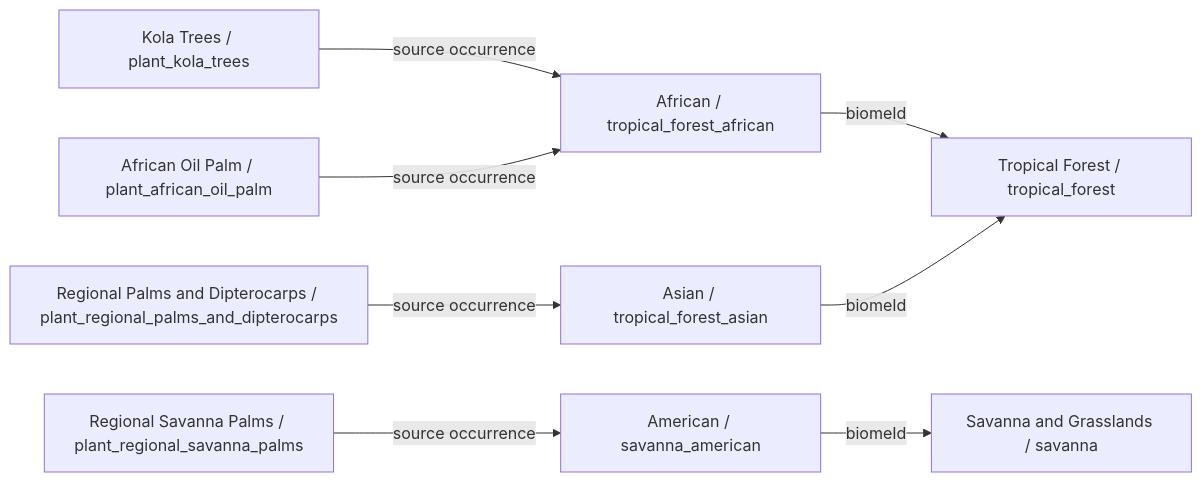
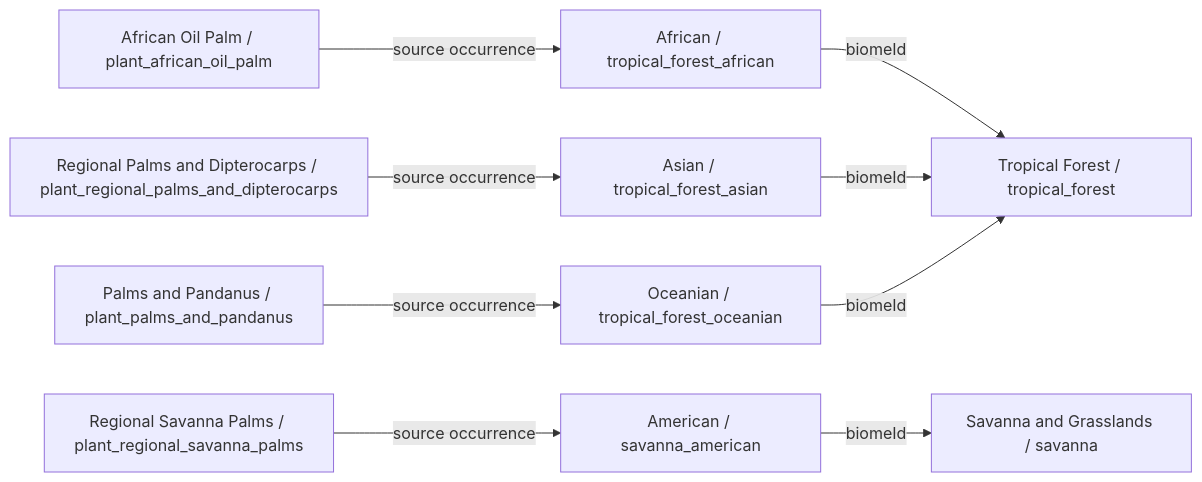
Diagram 16 of 34 in data/plants/DIAGRAMS.md (fgabo404/EvolveDoc), drawn with Mermaid before and after one commit. The commit also changed other lines of this file and 59 other files, not shown here.

````diff
--- a/data/plants/DIAGRAMS.md
+++ b/data/plants/DIAGRAMS.md
@@ -624,19 +573,21 @@
 ```mermaid
 flowchart LR
-    c0["Kola Trees / plant_kola_trees"]
+    c0["African Oil Palm / plant_african_oil_palm"]
     v1["African / tropical_forest_african"]
     b0["Tropical Forest / tropical_forest"]
-    c1["African Oil Palm / plant_african_oil_palm"]
-    c2["Regional Savanna Palms / plant_regional_savanna_palms"]
+    c1["Regional Savanna Palms / plant_regional_savanna_palms"]
     v12["American / savanna_american"]
     b3["Savanna and Grasslands / savanna"]
-    c3["Regional Palms and Dipterocarps / plant_regional_palms_and_dipterocarps"]
+    c2["Regional Palms and Dipterocarps / plant_regional_palms_and_dipterocarps"]
     v2["Asian / tropical_forest_asian"]
+    c3["Palms and Pandanus / plant_palms_and_pandanus"]
+    v3["Oceanian / tropical_forest_oceanian"]
     c0 -->|source occurrence| v1
-    c1 -->|source occurrence| v1
-    c2 -->|source occurrence| v12
-    c3 -->|source occurrence| v2
+    c1 -->|source occurrence| v12
+    c2 -->|source occurrence| v2
+    c3 -->|source occurrence| v3
     v1 -->|biomeId| b0
     v12 -->|biomeId| b3
     v2 -->|biomeId| b0
+    v3 -->|biomeId| b0
 ```
````
